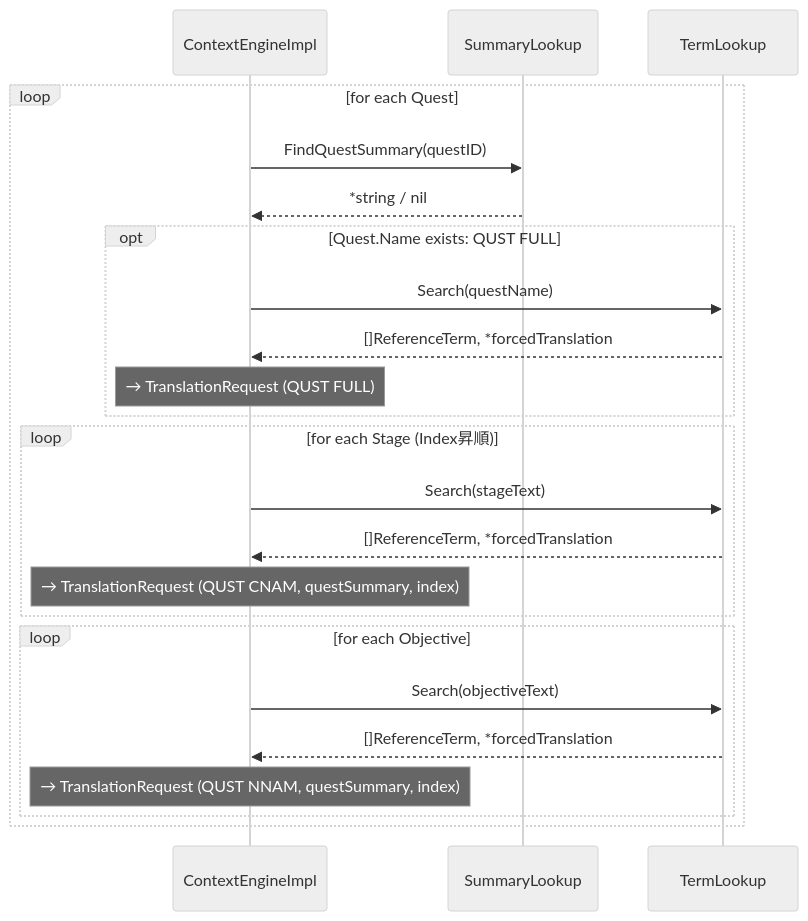
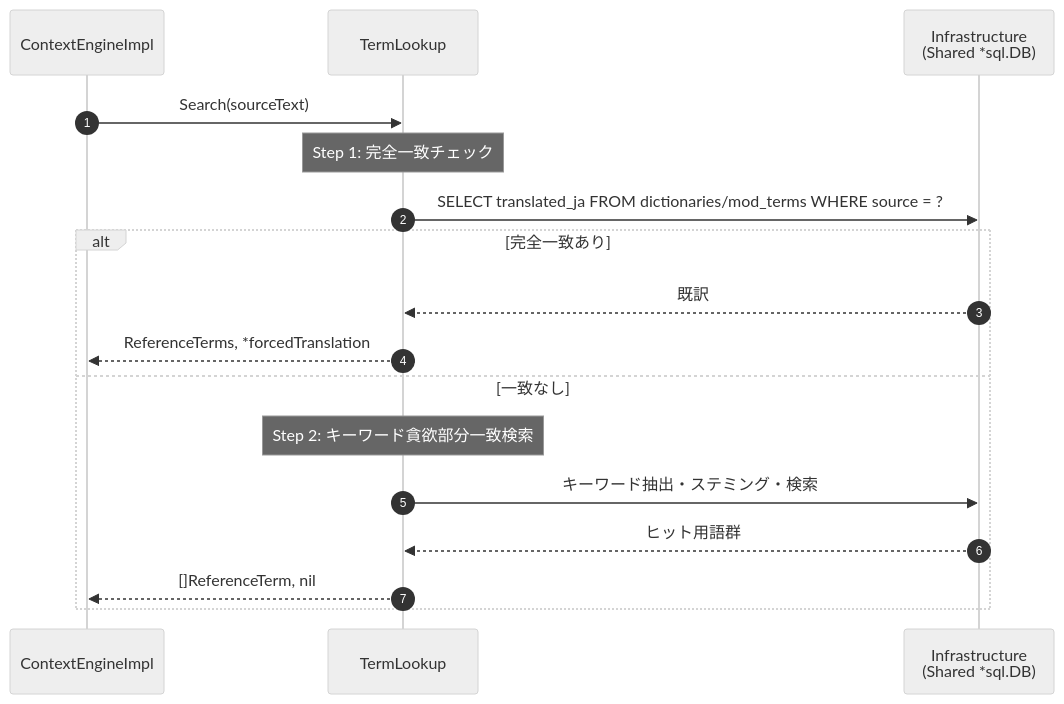
One commit to ishibata91/ai-translation-engine-2 changed the second of 2 diagrams in specs/ContextEngineSlice/context_engine_sequence_diagram.md. Above: the diagram before and after it, drawn with Mermaid (neutral theme). The commit also changed other lines of this file and 5 other files, not shown here.

````diff
--- a/specs/ContextEngineSlice/context_engine_sequence_diagram.md
+++ b/specs/ContextEngineSlice/context_engine_sequence_diagram.md
@@ -73,29 +47,21 @@
 ```mermaid
 sequenceDiagram
+    autonumber
     participant CE as ContextEngineImpl
-    participant SL as SummaryLookup
     participant TL as TermLookup
+    participant DB as Infrastructure<br/>(Shared *sql.DB)
 
-    loop for each Quest
-        CE->>SL: FindQuestSummary(questID)
-        SL-->>CE: *string / nil
+    CE->>TL: Search(sourceText)
 
-        opt Quest.Name exists: QUST FULL
-            CE->>TL: Search(questName)
-            TL-->>CE: []ReferenceTerm, *forcedTranslation
-            Note over CE: → TranslationRequest (QUST FULL)
-        end
-
-        loop for each Stage (Index昇順)
-            CE->>TL: Search(stageText)
-            TL-->>CE: []ReferenceTerm, *forcedTranslation
-            Note over CE: → TranslationRequest (QUST CNAM, questSummary, index)
-        end
-
-        loop for each Objective
-            CE->>TL: Search(objectiveText)
-            TL-->>CE: []ReferenceTerm, *forcedTranslation
-            Note over CE: → TranslationRequest (QUST NNAM, questSummary, index)
-        end
+    Note over TL: Step 1: 完全一致チェック
+    TL->>DB: SELECT translated_ja FROM dictionaries/mod_terms WHERE source = ?
+    alt 完全一致あり
+        DB-->>TL: 既訳
+        TL-->>CE: ReferenceTerms, *forcedTranslation
+    else 一致なし
+        Note over TL: Step 2: キーワード貪欲部分一致検索
+        TL->>DB: キーワード抽出・ステミング・検索
+        DB-->>TL: ヒット用語群
+        TL-->>CE: []ReferenceTerm, nil
     end
 ```
````
